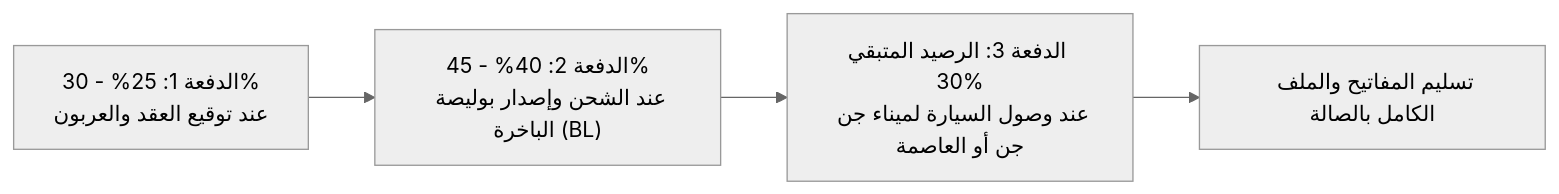
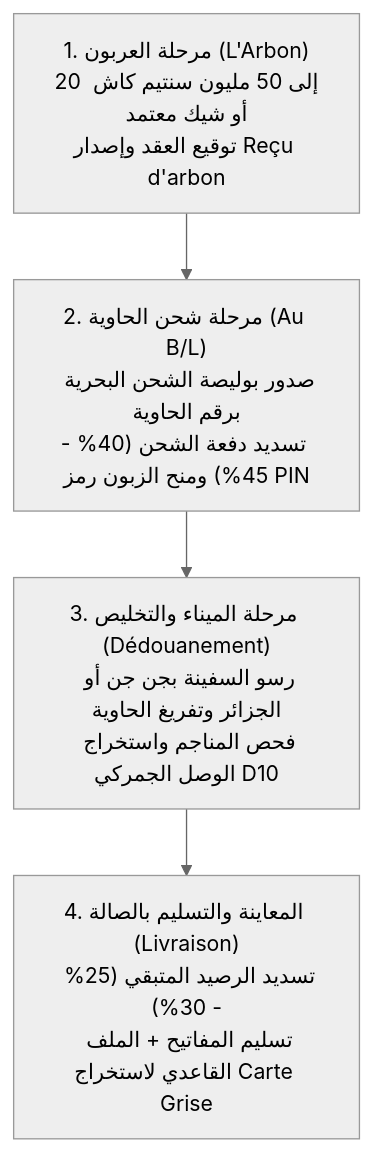
One commit to joinFleevy/CarvexExports changed the diagram in CARVEX_PRD.md. Above: the diagram before and after it, drawn with Mermaid (neutral theme). The commit also changed other lines of this file and 3 other files, not shown here.

````diff
--- a/CARVEX_PRD.md
+++ b/CARVEX_PRD.md
@@ -275,6 +288,6 @@
 ```mermaid
-flowchart LR
-    A["الدفعة 1: 25% - 30%<br>عند توقيع العقد والعربون"] --> B["الدفعة 2: 40% - 45%<br>عند الشحن وإصدار بوليصة الباخرة (BL)"]
-    B --> C["الدفعة 3: الرصيد المتبقي 30%<br>عند وصول السيارة لميناء جن جن أو العاصمة"]
-    C --> D["تسليم المفاتيح والملف الكامل بالصالة"]
+flowchart TD
+    Step1["1. مرحلة العربون (L'Arbon)<br>20 إلى 50 مليون سنتيم كاش أو شيك معتمد<br>توقيع العقد وإصدار Reçu d'arbon"] --> Step2["2. مرحلة شحن الحاوية (Au B/L)<br>صدور بوليصة الشحن البحرية برقم الحاوية<br>تسديد دفعة الشحن (40% - 45%) ومنح الزبون رمز PIN"]
+    Step2 --> Step3["3. مرحلة الميناء والتخليص (Dédouanement)<br>رسو السفينة بجن جن أو الجزائر وتفريغ الحاوية<br>فحص المناجم واستخراج الوصل الجمركي D10"]
+    Step3 --> Step4["4. المعاينة والتسليم بالصالة (Livraison)<br>تسديد الرصيد المتبقي (25% - 30%)<br>تسليم المفاتيح + الملف القاعدي لاستخراج Carte Grise"]
 ```
````
